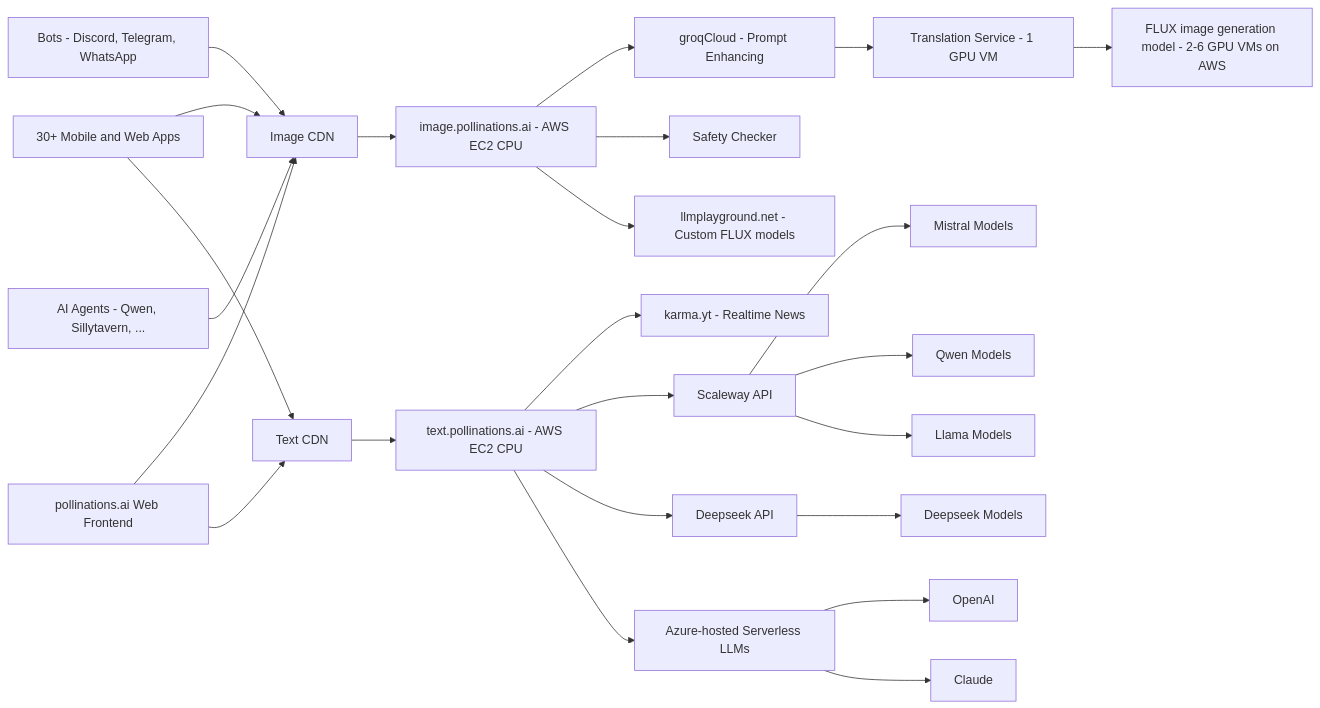
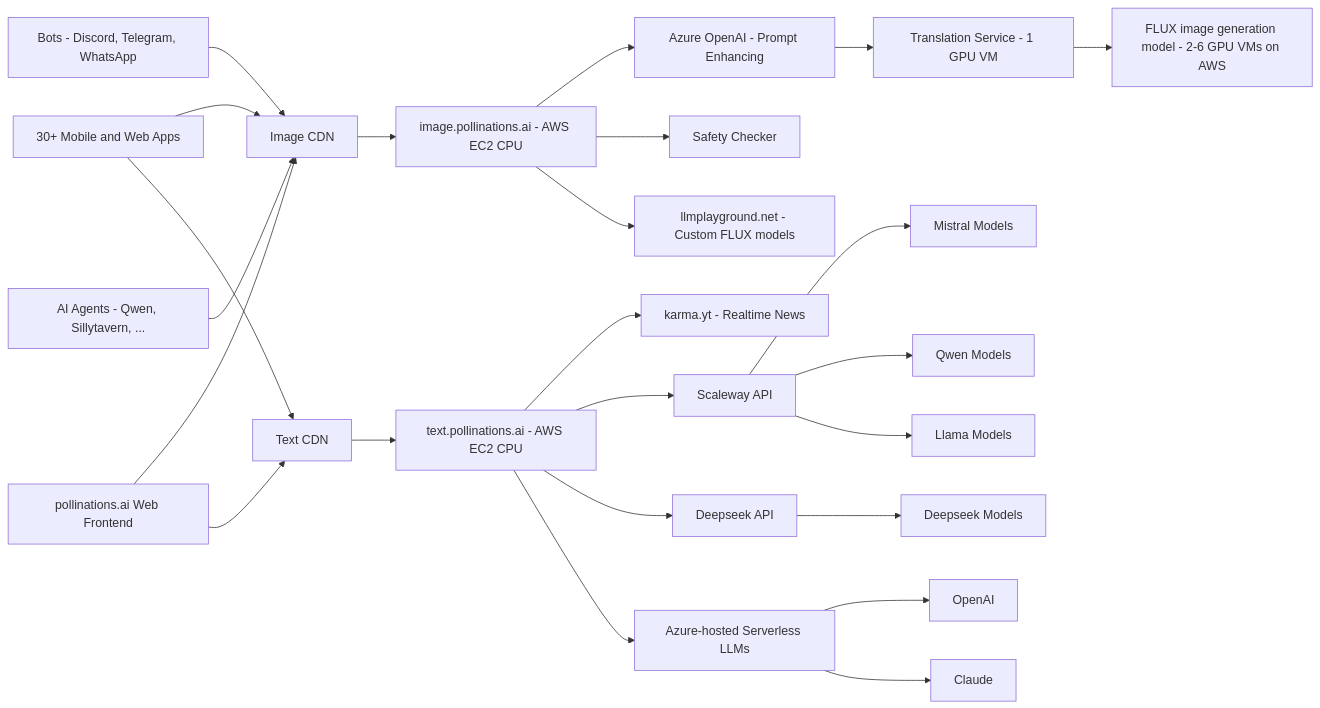
The diagram in README.md (pollinations/pollinations), drawn with Mermaid before and after one commit. The commit also changed 6 other files, not shown here.

First line of the commit message:
Update prompt enhancer from Groq to Azure OpenAI

````diff
--- a/README.md
+++ b/README.md
@@ -122,33 +122,33 @@
 ```mermaid
 graph LR
     Q[Bots - Discord, Telegram, WhatsApp] --> L1
     
     N[30+ Mobile and Web Apps] --> L1
     N --> L2
     
     A[pollinations.ai Web Frontend] --> L1
     A --> L2
     
     R[AI Agents - Qwen, Sillytavern, ...] --> L1
     
     L1[Image CDN] --> B
     L2[Text CDN] --> C
     
-    B[image.pollinations.ai - AWS EC2 CPU] --> F[groqCloud - Prompt Enhancing]
+    B[image.pollinations.ai - AWS EC2 CPU] --> F[Azure OpenAI - Prompt Enhancing]
     B --> S[Safety Checker]
     B --> M[llmplayground.net - Custom FLUX models]
     F --> E[Translation Service - 1 GPU VM]
     E --> D[FLUX image generation model - 2-6 GPU VMs on AWS]
     
     C[text.pollinations.ai - AWS EC2 CPU] --> P[karma.yt - Realtime News]
     C --> SC[Scaleway API]
     C --> DS[Deepseek API]
     C --> G[Azure-hosted Serverless LLMs]
     SC --> MI[Mistral Models]
     SC --> QW[Qwen Models]
     SC --> LL[Llama Models]
     DS --> DM[Deepseek Models]
     G --> H[OpenAI]
     G --> K[Claude]
 
 ```
````
